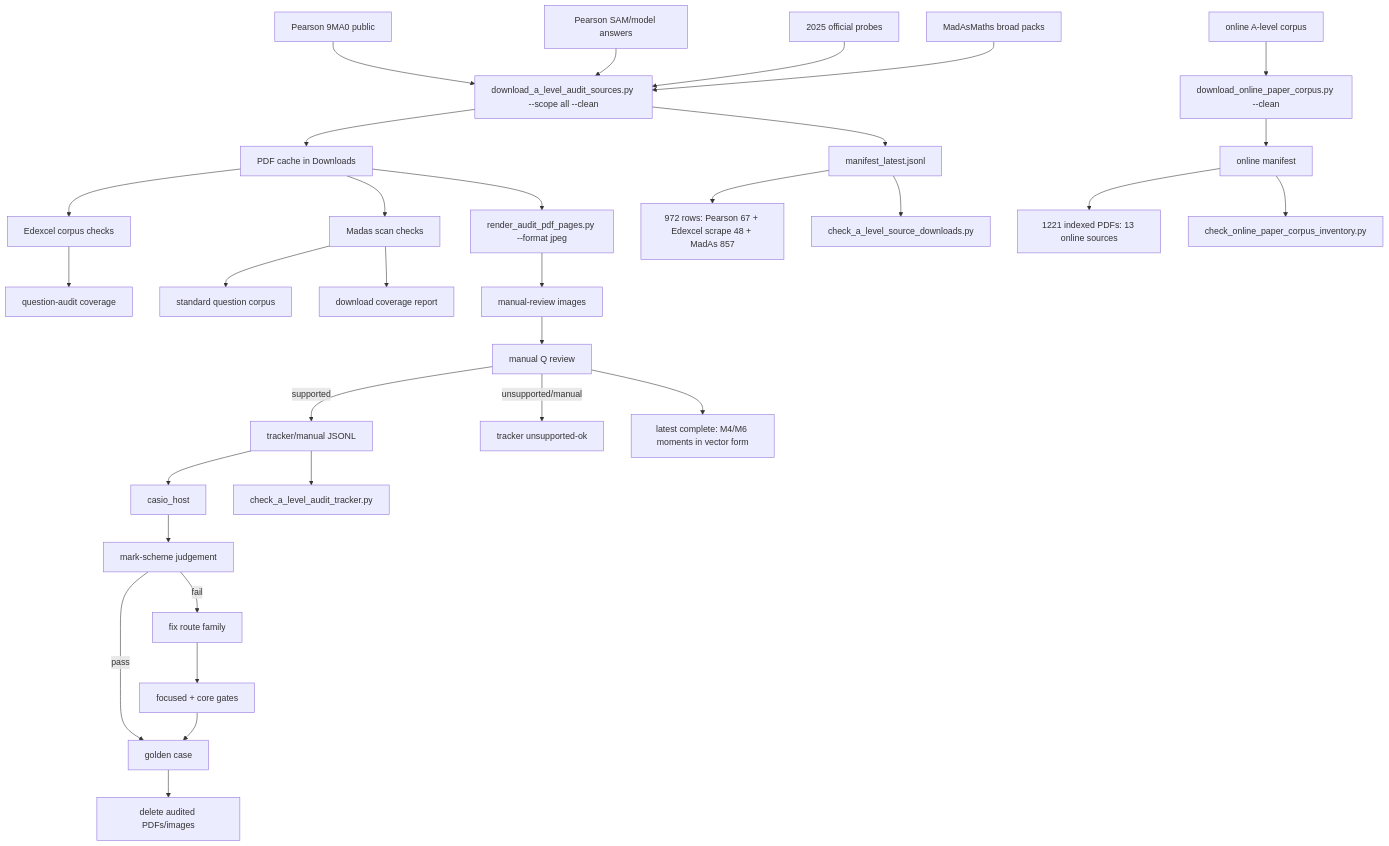
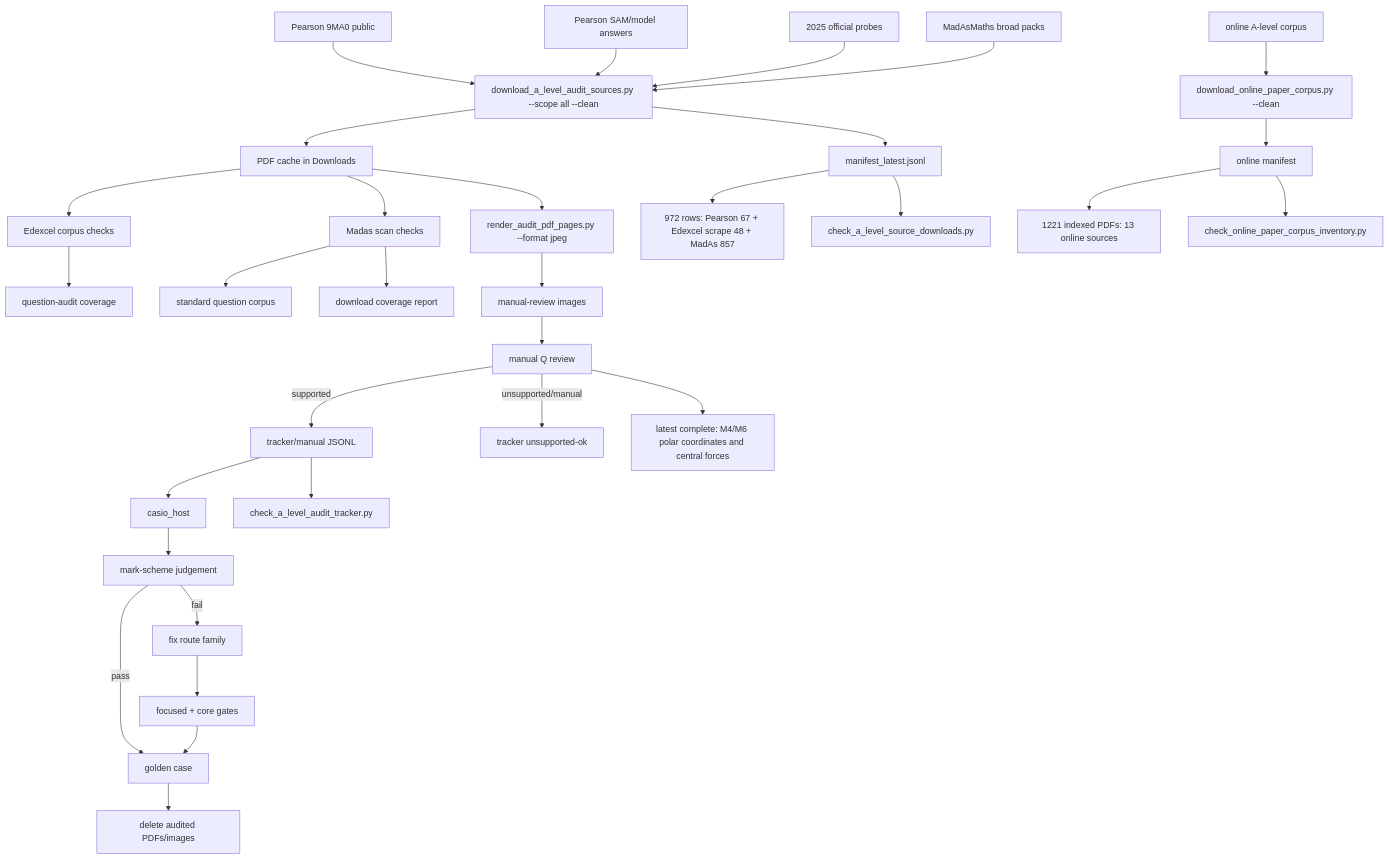
One commit to james8464/notes-addin-casio-fx-cg50 changed the diagram in c++/tools/golden/a_level_audit_graph.md. Above: the diagram before and after it, drawn with Mermaid. The commit also changed other lines of this file and 2 other files, not shown here.

Commit message:
Audit M4 M6 polar coordinates booklet

````diff
--- a/c++/tools/golden/a_level_audit_graph.md
+++ b/c++/tools/golden/a_level_audit_graph.md
@@ -3,34 +3,34 @@
 ```mermaid
 graph TD
   E1["Pearson 9MA0 public"] --> D["download_a_level_audit_sources.py --scope all --clean"]
   E2["Pearson SAM/model answers"] --> D
   E3["2025 official probes"] --> D
   M1["MadAsMaths broad packs"] --> D
   O1["online A-level corpus"] --> OD["download_online_paper_corpus.py --clean"]
   D --> P["PDF cache in Downloads"]
   D --> X["manifest_latest.jsonl"]
   OD --> OX["online manifest"]
   X --> XC["972 rows: Pearson 67 + Edexcel scrape 48 + MadAs 857"]
   OX --> OC["1221 indexed PDFs: 13 online sources"]
   X --> V["check_a_level_source_downloads.py"]
   OX --> OV["check_online_paper_corpus_inventory.py"]
   P --> E["Edexcel corpus checks"]
   E --> EQ["question-audit coverage"]
   P --> S["Madas scan checks"]
   S --> M["standard question corpus"]
   S --> MC["download coverage report"]
   P --> R["render_audit_pdf_pages.py --format jpeg"]
   R --> I["manual-review images"]
   I --> Q["manual Q review"]
   Q -->|supported| J["tracker/manual JSONL"]
   Q -->|unsupported/manual| U["tracker unsupported-ok"]
   J --> H["casio_host"]
   J --> K["check_a_level_audit_tracker.py"]
   H --> C["mark-scheme judgement"]
   C -->|pass| G["golden case"]
   C -->|fail| F["fix route family"]
   F --> T["focused + core gates"]
   T --> G
   G --> Z["delete audited PDFs/images"]
-  Q --> Qt["latest complete: M4/M6 moments in vector form"]
+  Q --> Qt["latest complete: M4/M6 polar coordinates and central forces"]
 ```
````
